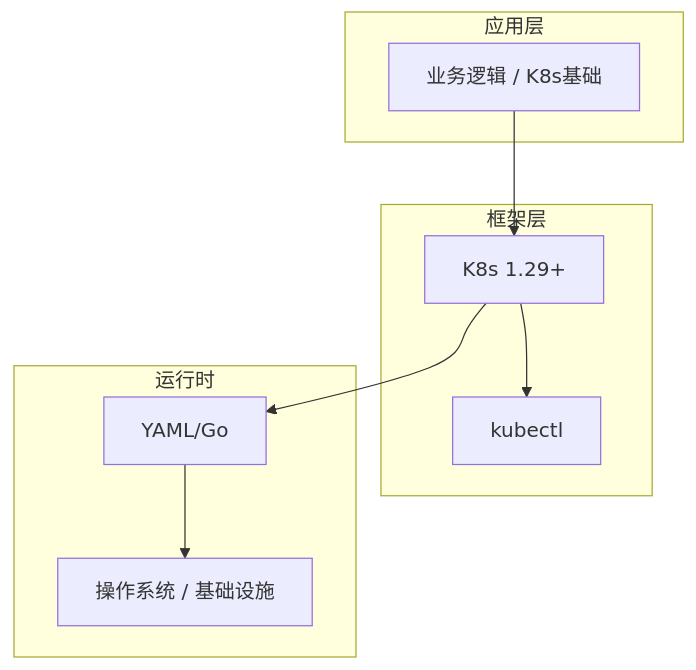
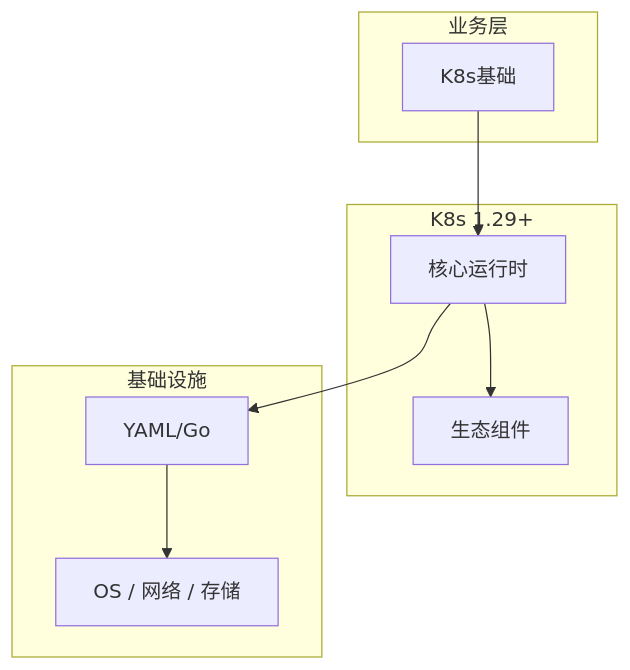
Before and after one commit to yanggan2015/knowledge-json-v2: the diagram in articles/Kubernetes/chapters/001-K8s基础核心概念与原理.md, drawn with Mermaid. The commit also changed other lines of this file and 10127 other files, not shown here.

````diff
--- a/articles/Kubernetes/chapters/001-K8s基础核心概念与原理.md
+++ b/articles/Kubernetes/chapters/001-K8s基础核心概念与原理.md
@@ -45,18 +34,18 @@
 ```mermaid
 graph TB
-    subgraph 应用层
-        A[业务逻辑 / K8s基础]
+    subgraph 业务层
+        A[K8s基础]
     end
-    subgraph 框架层
-        B[K8s 1.29+]
-        C[kubectl]
+    subgraph K8s 1.29+
+        B[核心运行时]
+        C[生态组件]
     end
-    subgraph 运行时
+    subgraph 基础设施
         D[YAML/Go]
-        E[操作系统 / 基础设施]
+        E[OS / 网络 / 存储]
     end
     A --> B
     B --> C
     B --> D
     D --> E
 ```
````
